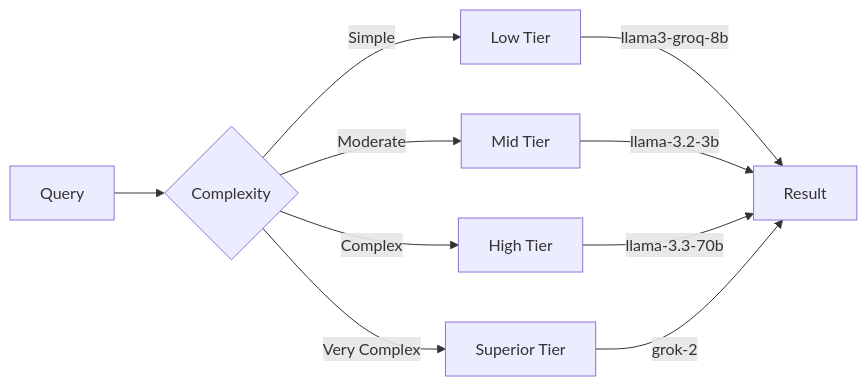
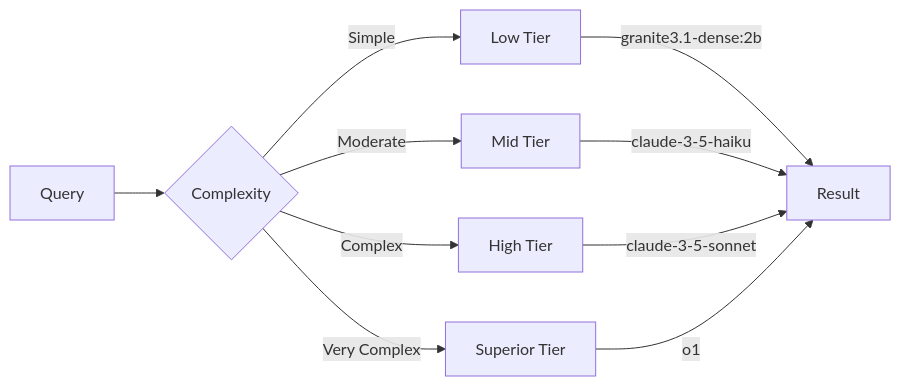
Before and after one commit to GaryOcean428/Monkey-One: the third of 4 diagrams in docs/api/router.md, drawn with Mermaid. The commit also changed 44 other files, not shown here.

````diff
--- a/docs/api/router.md
+++ b/docs/api/router.md
@@ -171,13 +171,13 @@
 ```mermaid
 graph LR
     A[Query] --> B{Complexity}
     B -->|Simple| C[Low Tier]
     B -->|Moderate| D[Mid Tier]
     B -->|Complex| E[High Tier]
     B -->|Very Complex| F[Superior Tier]
     
-    C -->|llama3-groq-8b| G[Result]
-    D -->|llama-3.2-3b| G
-    E -->|llama-3.3-70b| G
-    F -->|grok-2| G
+    C -->|granite3.1-dense:2b| G[Result]
+    D -->|claude-3-5-haiku| G
+    E -->|claude-3-5-sonnet| G
+    F -->|o1| G
 ```
````
